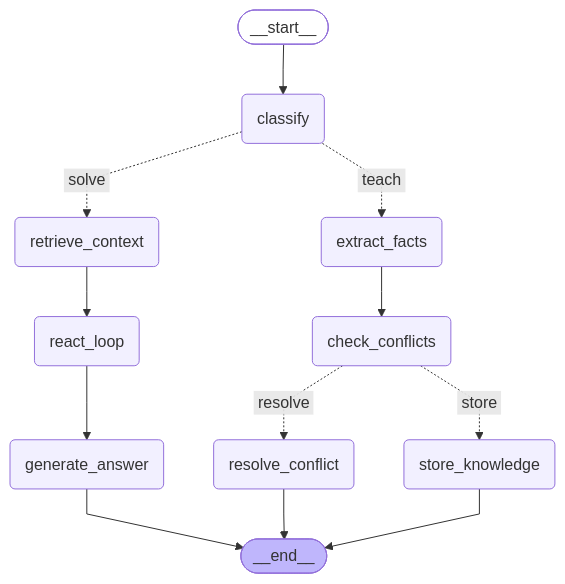
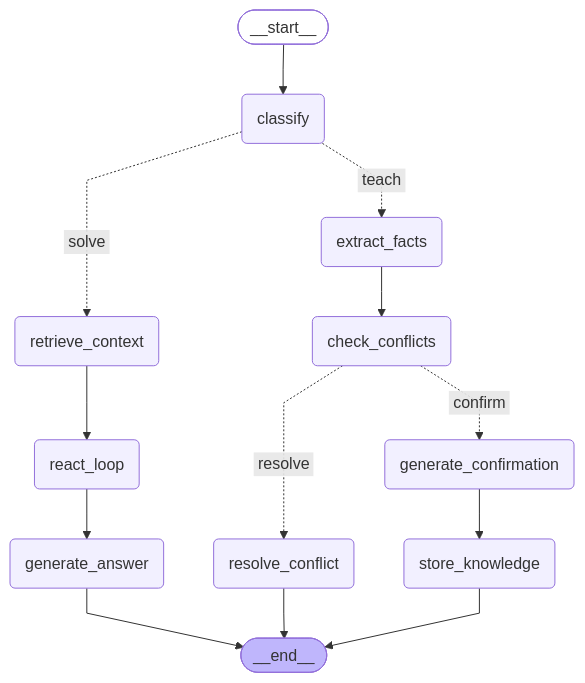
One commit to isamarcev/AI-graphiti-lapallm changed the diagram in graph.mmd. Above: the diagram before and after it, drawn with Mermaid. The commit also changed 4 other files, not shown here.

```diff
--- a/graph.mmd
+++ b/graph.mmd
@@ -1,30 +1,32 @@
 ---
 config:
   flowchart:
     curve: linear
 ---
 graph TD;
 	__start__([<p>__start__</p>]):::first
 	classify(classify)
 	extract_facts(extract_facts)
 	check_conflicts(check_conflicts)
 	resolve_conflict(resolve_conflict)
+	generate_confirmation(generate_confirmation)
 	store_knowledge(store_knowledge)
 	retrieve_context(retrieve_context)
 	react_loop(react_loop)
 	generate_answer(generate_answer)
 	__end__([<p>__end__</p>]):::last
 	__start__ --> classify;
+	check_conflicts -. &nbsp;confirm&nbsp; .-> generate_confirmation;
 	check_conflicts -. &nbsp;resolve&nbsp; .-> resolve_conflict;
-	check_conflicts -. &nbsp;store&nbsp; .-> store_knowledge;
 	classify -. &nbsp;teach&nbsp; .-> extract_facts;
 	classify -. &nbsp;solve&nbsp; .-> retrieve_context;
 	extract_facts --> check_conflicts;
+	generate_confirmation --> store_knowledge;
 	react_loop --> generate_answer;
 	retrieve_context --> react_loop;
 	generate_answer --> __end__;
 	resolve_conflict --> __end__;
 	store_knowledge --> __end__;
 	classDef default fill:#f2f0ff,line-height:1.2
 	classDef first fill-opacity:0
 	classDef last fill:#bfb6fc
```
